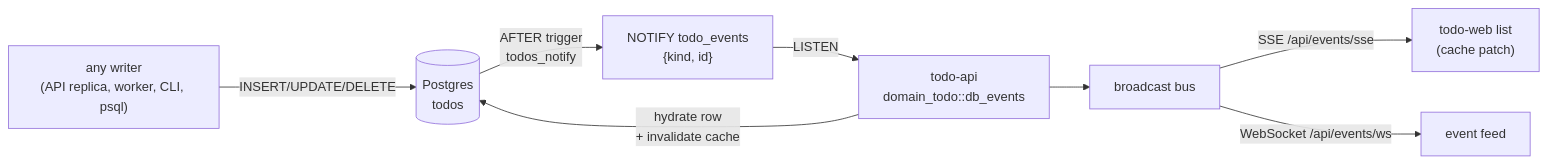
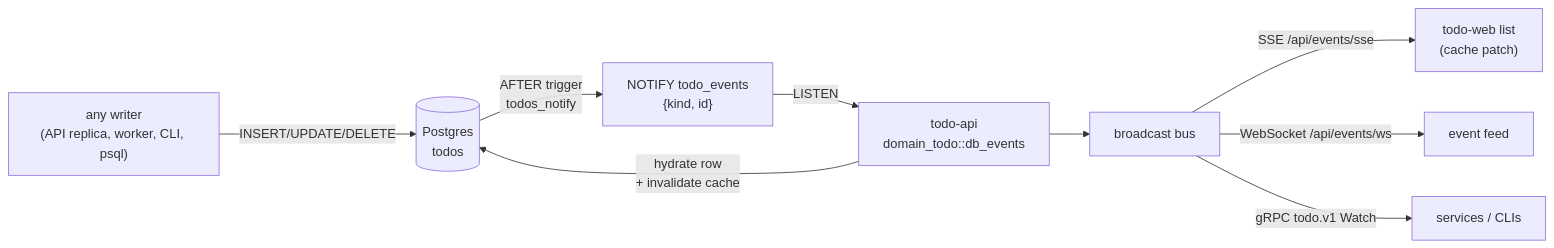
Before and after one commit to yurikrupnik-org/nx-playground: the diagram in docs/realtime-todo.md, drawn with Mermaid. The commit also changed other lines of this file and 17 other files, not shown here.

First line of the commit message:
Add gRPC server stream for real-time updates to `todo_api`

````diff
--- a/docs/realtime-todo.md
+++ b/docs/realtime-todo.md
@@ -29,10 +29,11 @@
 ```mermaid
 flowchart LR
   W["any writer<br/>(API replica, worker, CLI, psql)"] -->|"INSERT/UPDATE/DELETE"| DB[(Postgres<br/>todos)]
   DB -->|"AFTER trigger<br/>todos_notify"| N["NOTIFY todo_events<br/>{kind, id}"]
   N -->|"LISTEN"| L["todo-api<br/>domain_todo::db_events"]
   L -->|"hydrate row<br/>+ invalidate cache"| DB
   L --> B["broadcast bus"]
   B -->|"SSE /api/events/sse"| UI["todo-web list<br/>(cache patch)"]
   B -->|"WebSocket /api/events/ws"| F["event feed"]
+  B -->|"gRPC todo.v1 Watch"| G["services / CLIs"]
 ```
````
